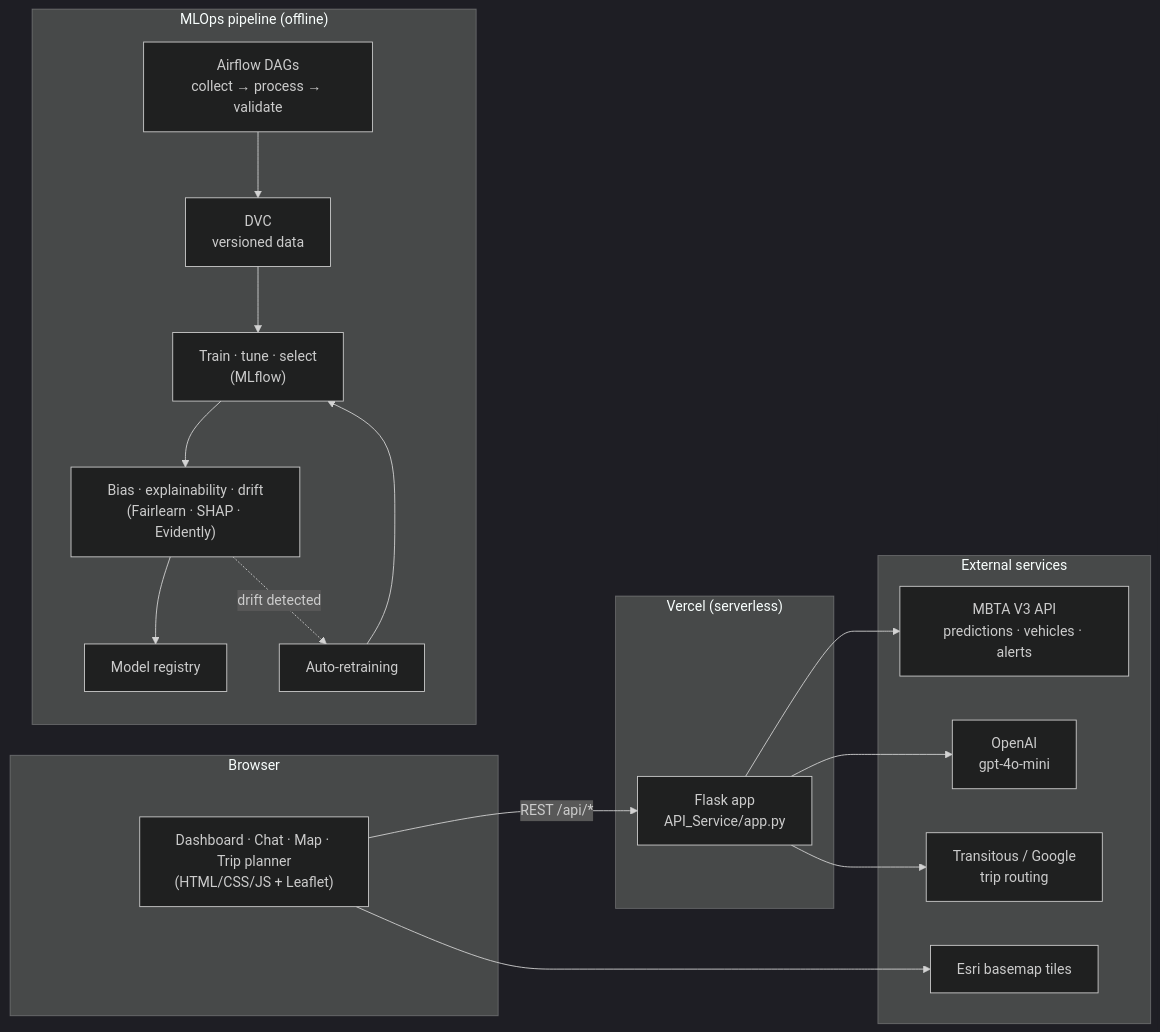
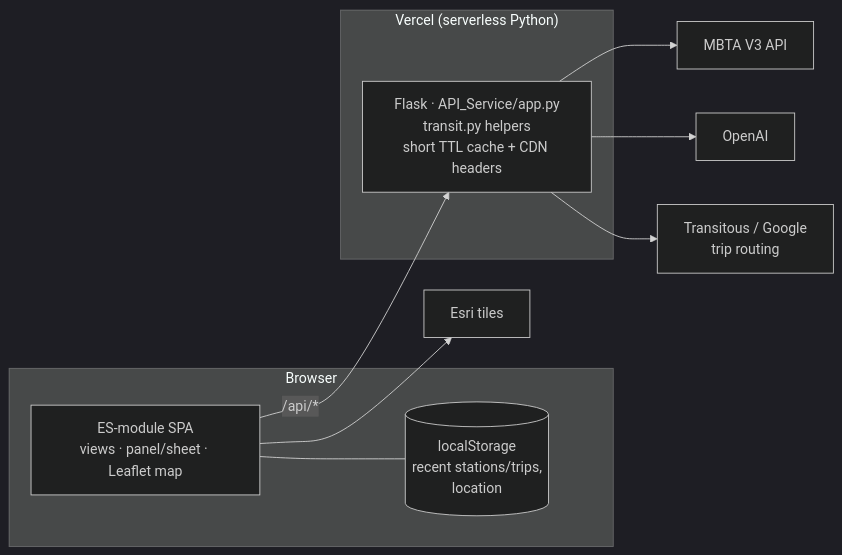
One commit to Gnanasudharsan/Charlie changed the diagram in README.md. Above: the diagram before and after it, drawn with Mermaid (dark theme). The commit also changed other lines of this file and 12 other files, not shown here.

````diff
--- a/README.md
+++ b/README.md
@@ -72,32 +89,21 @@
 ```mermaid
 flowchart LR
-    subgraph Client["Browser"]
-        UI["Dashboard · Chat · Map · Trip planner<br/>(HTML/CSS/JS + Leaflet)"]
+    subgraph Browser
+        UI["ES-module SPA<br/>views · panel/sheet · Leaflet map"]
+        LS[("localStorage<br/>recent stations/trips,<br/>location")]
     end
+    subgraph Vercel["Vercel (serverless Python)"]
+        API["Flask · API_Service/app.py<br/>transit.py helpers<br/>short TTL cache + CDN headers"]
+    end
+    MBTA["MBTA V3 API"]
+    OAI["OpenAI"]
+    TR["Transitous / Google<br/>trip routing"]
+    ESRI["Esri tiles"]
 
-    subgraph Vercel["Vercel (serverless)"]
-        API["Flask app<br/>API_Service/app.py"]
-    end
-
-    subgraph External["External services"]
-        MBTA["MBTA V3 API<br/>predictions · vehicles · alerts"]
-        OAI["OpenAI<br/>gpt-4o-mini"]
-        TR["Transitous / Google<br/>trip routing"]
-        ESRI["Esri basemap tiles"]
-    end
-
-    UI -- "REST /api/*" --> API
+    UI -- "/api/*" --> API
+    UI --- LS
     API --> MBTA
     API --> OAI
     API --> TR
     UI --> ESRI
-
-    subgraph MLOps["MLOps pipeline (offline)"]
-        AF["Airflow DAGs<br/>collect → process → validate"] --> DVC["DVC<br/>versioned data"]
-        DVC --> TRAIN["Train · tune · select<br/>(MLflow)"]
-        TRAIN --> CHECK["Bias · explainability · drift<br/>(Fairlearn · SHAP · Evidently)"]
-        CHECK --> REG["Model registry"]
-        CHECK -. "drift detected" .-> RETRAIN["Auto-retraining"]
-        RETRAIN --> TRAIN
-    end
 ```
````
